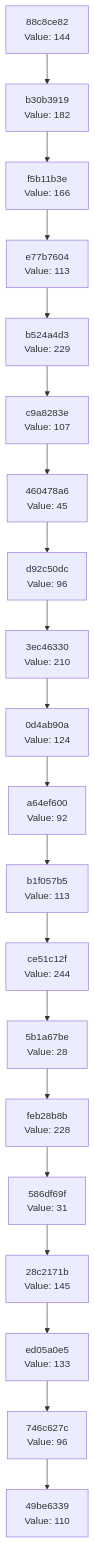
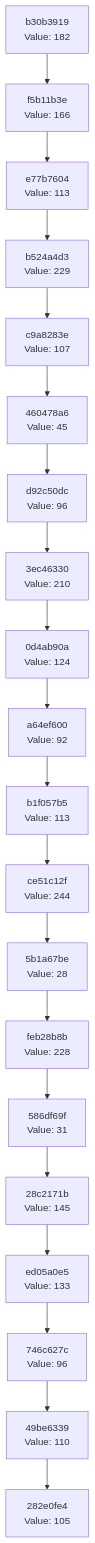
Before and after one commit to Abhisheksinha1506/hash-chain-evolver: the diagram in docs/CHAIN_VISUALIZATION.md, drawn with Mermaid. The commit also changed 3 other files, not shown here.

````diff
--- a/docs/CHAIN_VISUALIZATION.md
+++ b/docs/CHAIN_VISUALIZATION.md
@@ -3,42 +3,42 @@
 ```mermaid
 graph TD
-    C0["49be6339<br/>Value: 110"]
-    C1["746c627c<br/>Value: 96"]
+    C0["282e0fe4<br/>Value: 105"]
+    C1["49be6339<br/>Value: 110"]
     C1 --> C0
-    C2["ed05a0e5<br/>Value: 133"]
+    C2["746c627c<br/>Value: 96"]
     C2 --> C1
-    C3["28c2171b<br/>Value: 145"]
+    C3["ed05a0e5<br/>Value: 133"]
     C3 --> C2
-    C4["586df69f<br/>Value: 31"]
+    C4["28c2171b<br/>Value: 145"]
     C4 --> C3
-    C5["feb28b8b<br/>Value: 228"]
+    C5["586df69f<br/>Value: 31"]
     C5 --> C4
-    C6["5b1a67be<br/>Value: 28"]
+    C6["feb28b8b<br/>Value: 228"]
     C6 --> C5
-    C7["ce51c12f<br/>Value: 244"]
+    C7["5b1a67be<br/>Value: 28"]
     C7 --> C6
-    C8["b1f057b5<br/>Value: 113"]
+    C8["ce51c12f<br/>Value: 244"]
     C8 --> C7
-    C9["a64ef600<br/>Value: 92"]
+    C9["b1f057b5<br/>Value: 113"]
     C9 --> C8
-    C10["0d4ab90a<br/>Value: 124"]
+    C10["a64ef600<br/>Value: 92"]
     C10 --> C9
-    C11["3ec46330<br/>Value: 210"]
+    C11["0d4ab90a<br/>Value: 124"]
     C11 --> C10
-    C12["d92c50dc<br/>Value: 96"]
+    C12["3ec46330<br/>Value: 210"]
     C12 --> C11
-    C13["460478a6<br/>Value: 45"]
+    C13["d92c50dc<br/>Value: 96"]
     C13 --> C12
-    C14["c9a8283e<br/>Value: 107"]
+    C14["460478a6<br/>Value: 45"]
     C14 --> C13
-    C15["b524a4d3<br/>Value: 229"]
+    C15["c9a8283e<br/>Value: 107"]
     C15 --> C14
-    C16["e77b7604<br/>Value: 113"]
+    C16["b524a4d3<br/>Value: 229"]
     C16 --> C15
-    C17["f5b11b3e<br/>Value: 166"]
+    C17["e77b7604<br/>Value: 113"]
     C17 --> C16
-    C18["b30b3919<br/>Value: 182"]
+    C18["f5b11b3e<br/>Value: 166"]
     C18 --> C17
-    C19["88c8ce82<br/>Value: 144"]
+    C19["b30b3919<br/>Value: 182"]
     C19 --> C18
 ```
````
